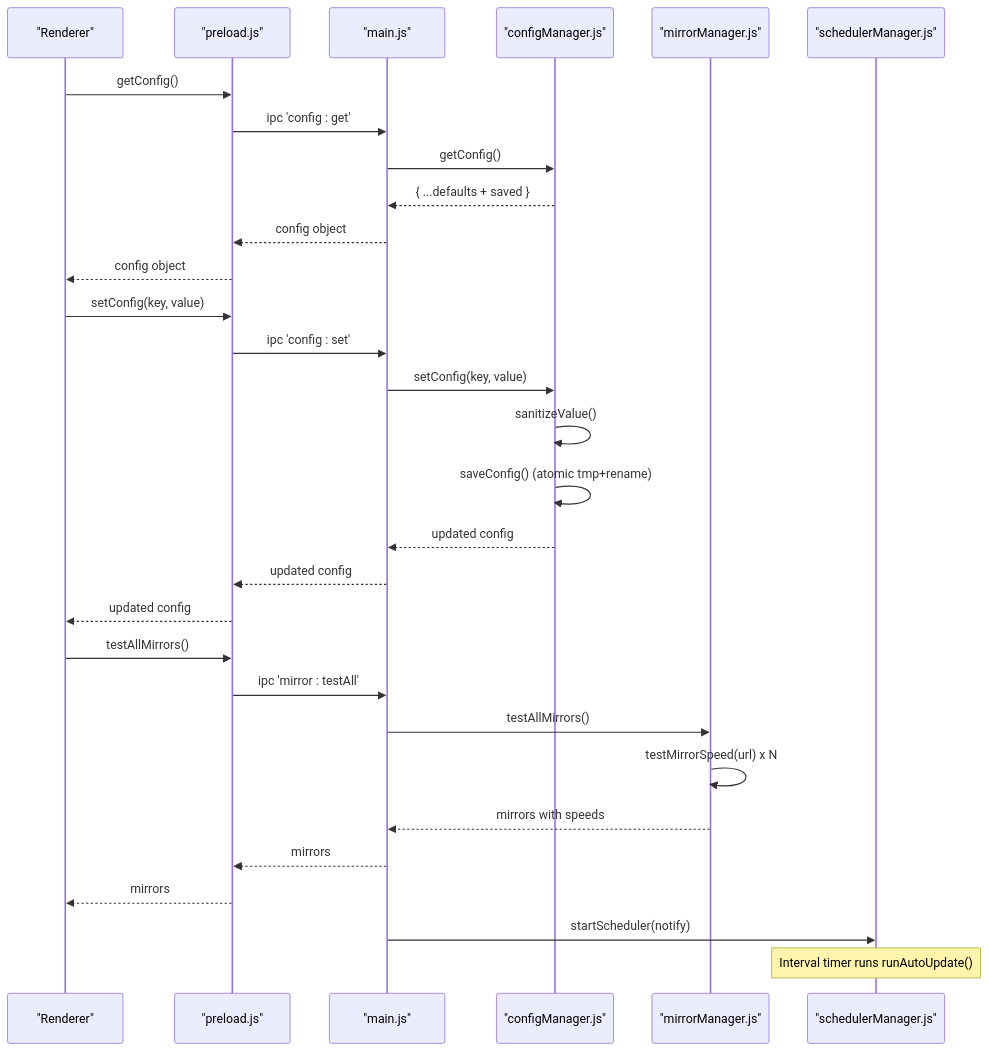
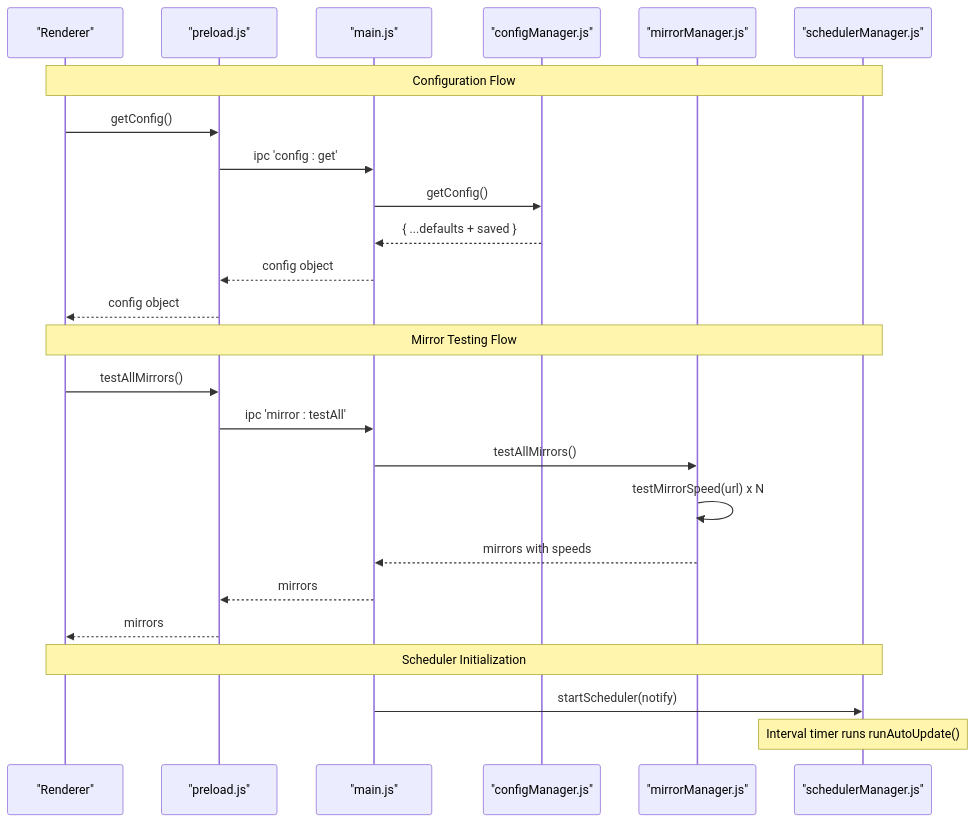
The second of 7 diagrams in docs/en/content/Core Features/Configuration System/Configuration System.md (SoftheartedYYC/PyLibMaster), drawn with Mermaid before and after one commit. The commit also changed other lines of this file and 72 other files, not shown here.

````diff
--- a/docs/en/content/Core Features/Configuration System/Configuration System.md
+++ b/docs/en/content/Core Features/Configuration System/Configuration System.md
@@ -118,32 +147,27 @@
 ```mermaid
 sequenceDiagram
 participant UI as "Renderer"
 participant Bridge as "preload.js"
 participant Main as "main.js"
 participant Conf as "configManager.js"
 participant Mir as "mirrorManager.js"
 participant Sched as "schedulerManager.js"
+Note over UI,Sched : Configuration Flow
 UI->>Bridge : getConfig()
 Bridge->>Main : ipc 'config : get'
 Main->>Conf : getConfig()
 Conf-->>Main : { ...defaults + saved }
 Main-->>Bridge : config object
 Bridge-->>UI : config object
-UI->>Bridge : setConfig(key, value)
-Bridge->>Main : ipc 'config : set'
-Main->>Conf : setConfig(key, value)
-Conf->>Conf : sanitizeValue()
-Conf->>Conf : saveConfig() (atomic tmp+rename)
-Conf-->>Main : updated config
-Main-->>Bridge : updated config
-Bridge-->>UI : updated config
+Note over UI,Sched : Mirror Testing Flow
 UI->>Bridge : testAllMirrors()
 Bridge->>Main : ipc 'mirror : testAll'
 Main->>Mir : testAllMirrors()
 Mir->>Mir : testMirrorSpeed(url) x N
 Mir-->>Main : mirrors with speeds
 Main-->>Bridge : mirrors
 Bridge-->>UI : mirrors
+Note over UI,Sched : Scheduler Initialization
 Main->>Sched : startScheduler(notify)
 Note over Sched : Interval timer runs runAutoUpdate()
 ```
````
